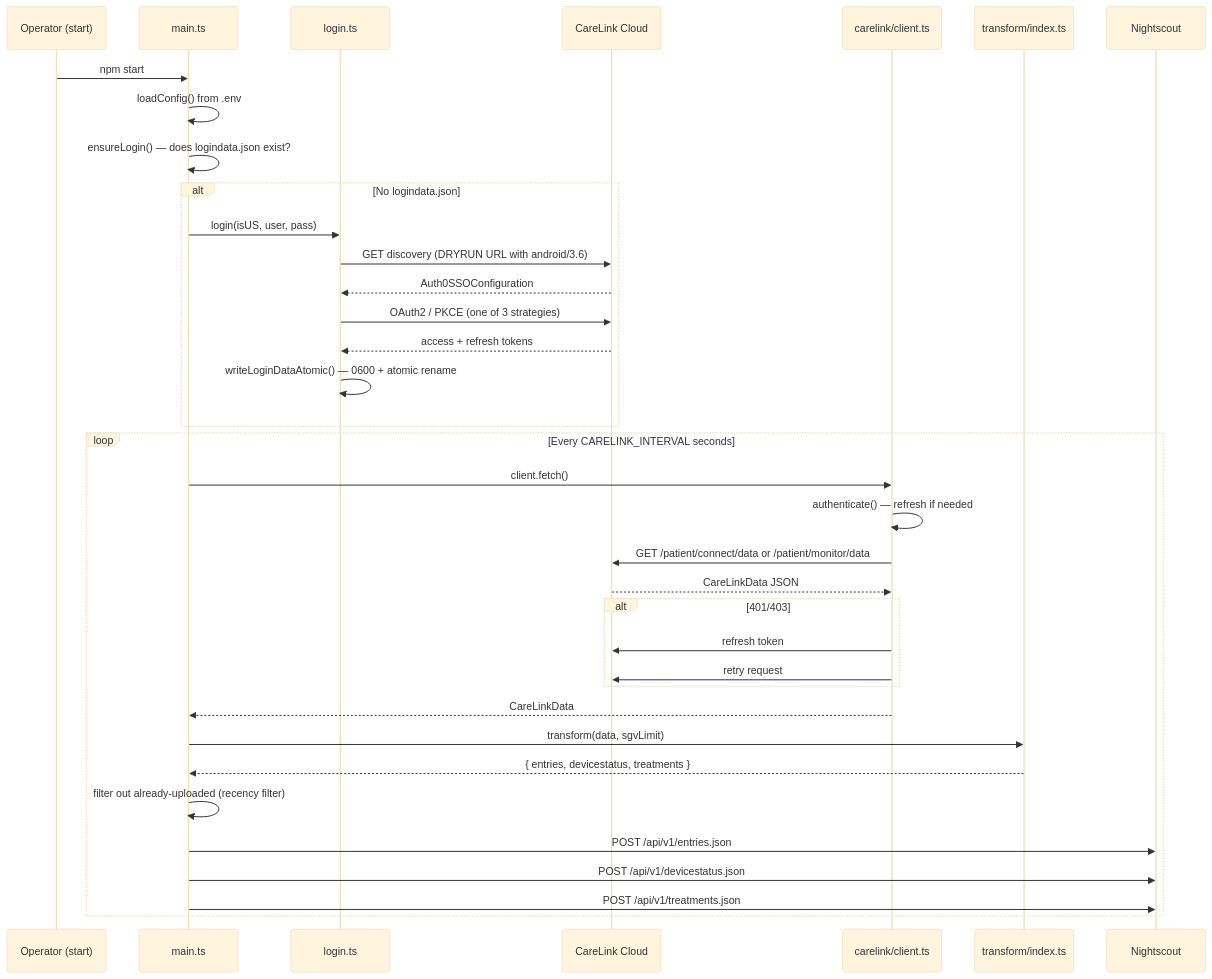
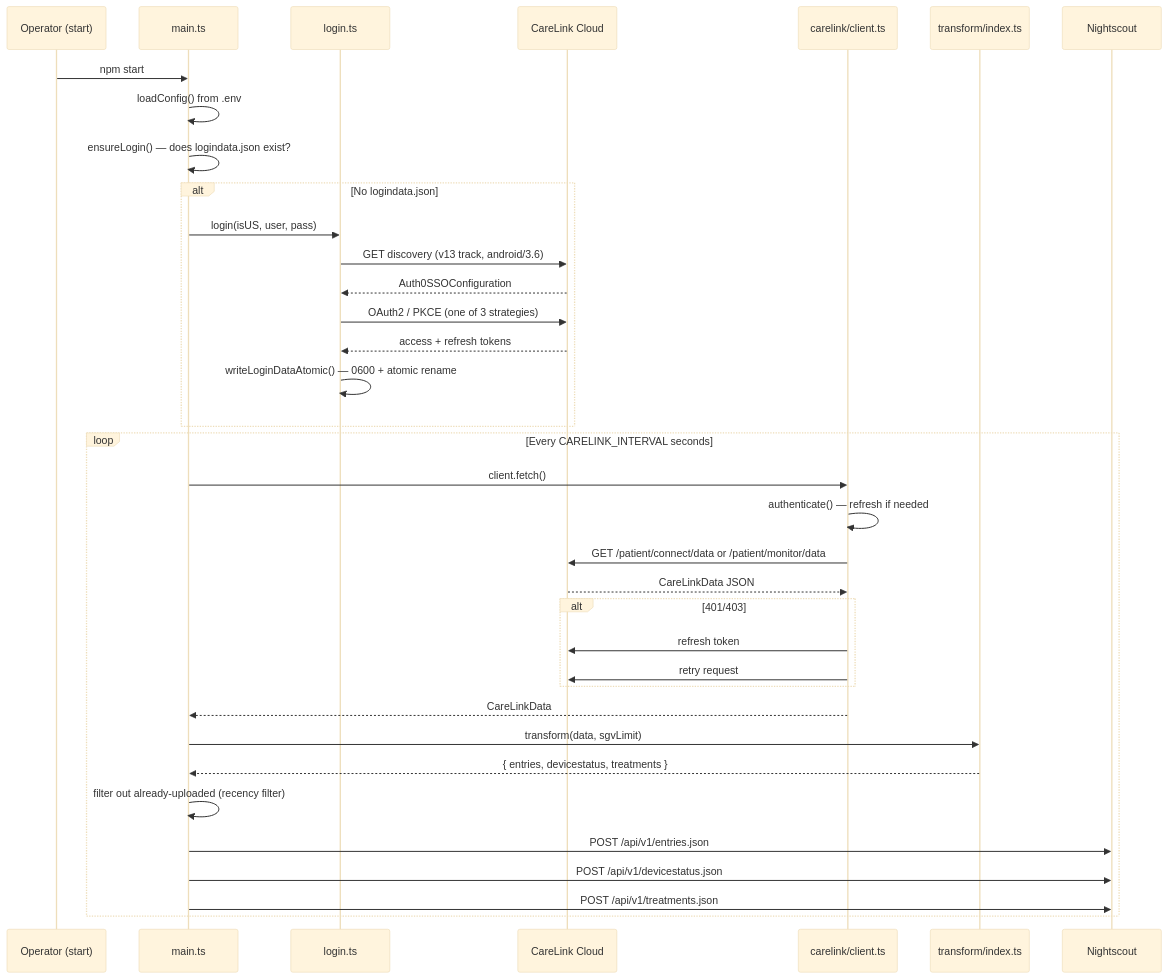
One commit to NovaLux12/carelink-bridge changed the second of 3 diagrams in docs/ARCHITECTURE.md. Above: the diagram before and after it, drawn with Mermaid (base theme). The commit also changed other lines of this file and 15 other files, not shown here.

````diff
--- a/docs/ARCHITECTURE.md
+++ b/docs/ARCHITECTURE.md
@@ -105,40 +109,40 @@
 ```mermaid
 sequenceDiagram
   participant Op as Operator (start)
   participant Main as main.ts
   participant Login as login.ts
   participant CL as CareLink Cloud
   participant Client as carelink/client.ts
   participant Trans as transform/index.ts
   participant NS as Nightscout
 
   Op->>Main: npm start
   Main->>Main: loadConfig() from .env
   Main->>Main: ensureLogin() — does logindata.json exist?
   alt No logindata.json
     Main->>Login: login(isUS, user, pass)
-    Login->>CL: GET discovery (DRYRUN URL with android/3.6)
+    Login->>CL: GET discovery (v13 track, android/3.6)
     CL-->>Login: Auth0SSOConfiguration
     Login->>CL: OAuth2 / PKCE (one of 3 strategies)
     CL-->>Login: access + refresh tokens
     Login->>Login: writeLoginDataAtomic() — 0600 + atomic rename
   end
 
   loop Every CARELINK_INTERVAL seconds
     Main->>Client: client.fetch()
     Client->>Client: authenticate() — refresh if needed
     Client->>CL: GET /patient/connect/data or /patient/monitor/data
     CL-->>Client: CareLinkData JSON
     alt 401/403
       Client->>CL: refresh token
       Client->>CL: retry request
     end
     Client-->>Main: CareLinkData
     Main->>Trans: transform(data, sgvLimit)
     Trans-->>Main: { entries, devicestatus, treatments }
     Main->>Main: filter out already-uploaded (recency filter)
     Main->>NS: POST /api/v1/entries.json
     Main->>NS: POST /api/v1/devicestatus.json
     Main->>NS: POST /api/v1/treatments.json
   end
 ```
````
